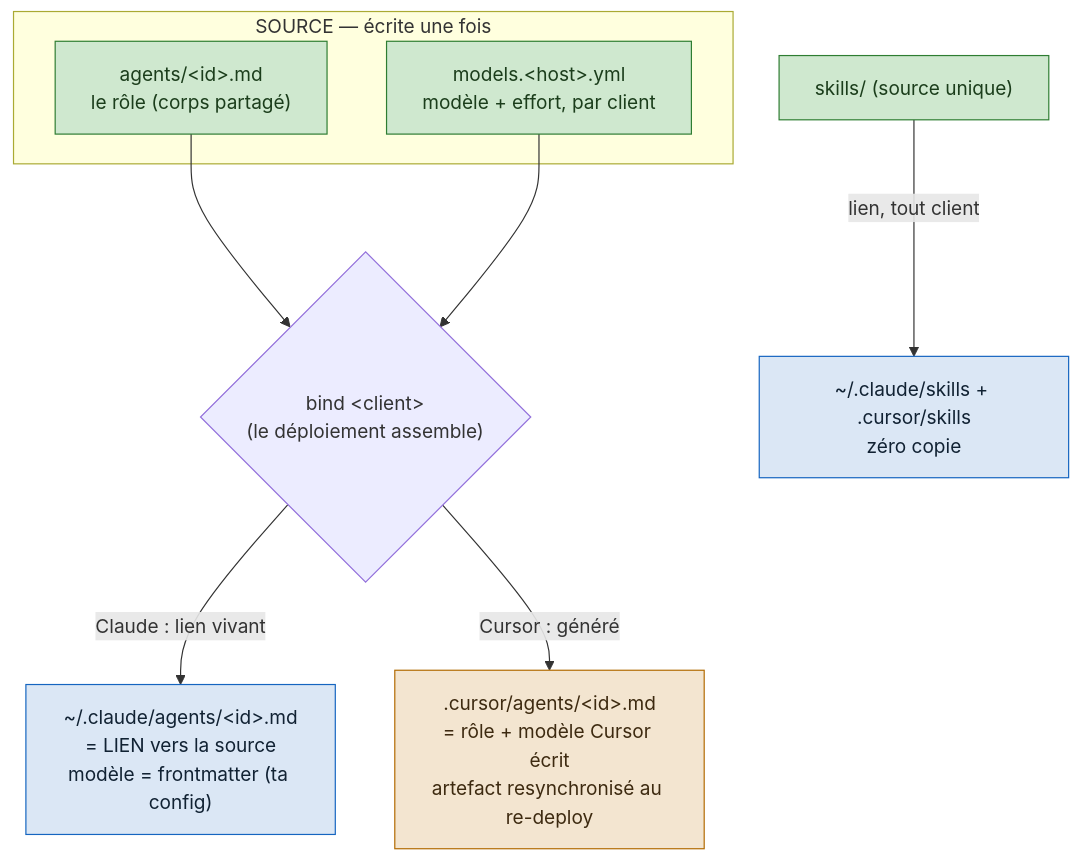
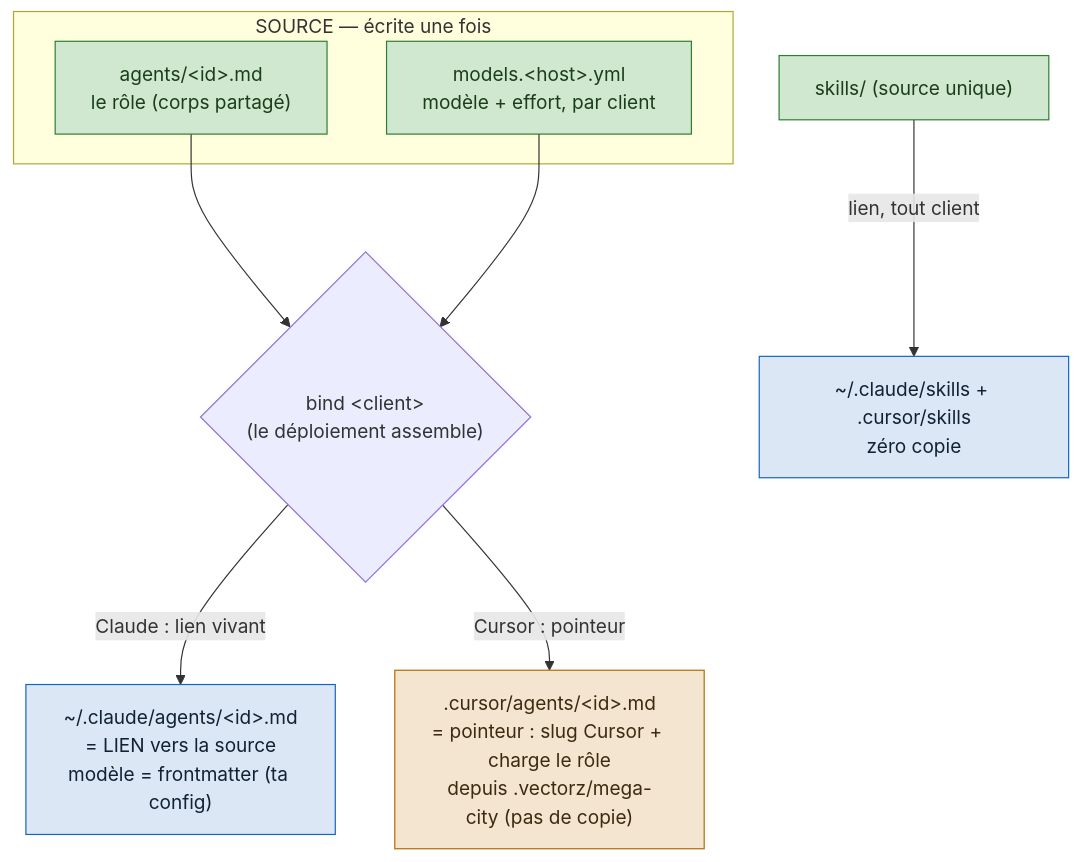
One commit to elzinko/vectorz changed the diagram in products/mega-city/docs/adr/0048-contenu-mono-source-modele-en-surcouche.md. Above: the diagram before and after it, drawn with Mermaid. The commit also changed other lines of this file and 1 other file, not shown here.

First line of the commit message:
docs: adresse la revue Codex sur #211 (grep de fuite, scope parké, interop, pointeur)

````diff
--- a/products/mega-city/docs/adr/0048-contenu-mono-source-modele-en-surcouche.md
+++ b/products/mega-city/docs/adr/0048-contenu-mono-source-modele-en-surcouche.md
@@ -136,22 +138,22 @@
 ```mermaid
 flowchart TB
   subgraph SRC["SOURCE — écrite une fois"]
     ROLE["agents/&lt;id&gt;.md<br/>le rôle (corps partagé)"]
     YML["models.&lt;host&gt;.yml<br/>modèle + effort, par client"]
   end
 
   ROLE --> DEP{"bind &lt;client&gt;<br/>(le déploiement assemble)"}
   YML --> DEP
 
   DEP -->|"Claude : lien vivant"| CC["~/.claude/agents/&lt;id&gt;.md<br/>= LIEN vers la source<br/>modèle = frontmatter (ta config)"]
-  DEP -->|"Cursor : généré"| CU[".cursor/agents/&lt;id&gt;.md<br/>= rôle + modèle Cursor écrit<br/>artefact resynchronisé au re-deploy"]
+  DEP -->|"Cursor : pointeur"| CU[".cursor/agents/&lt;id&gt;.md<br/>= pointeur : slug Cursor + charge le rôle<br/>depuis .vectorz/mega-city (pas de copie)"]
 
   SK["skills/ (source unique)"] -->|"lien, tout client"| SKO["~/.claude/skills + .cursor/skills<br/>zéro copie"]
 
   classDef src fill:#cfe8cf,stroke:#2e7d32,color:#1b3d1b;
   classDef live fill:#dbe7f5,stroke:#1565c0,color:#123;
   classDef gen fill:#f3e5d0,stroke:#b26a00,color:#3d2a10;
   class ROLE,YML,SK src;
   class CC,SKO live;
   class CU gen;
 ```
````
